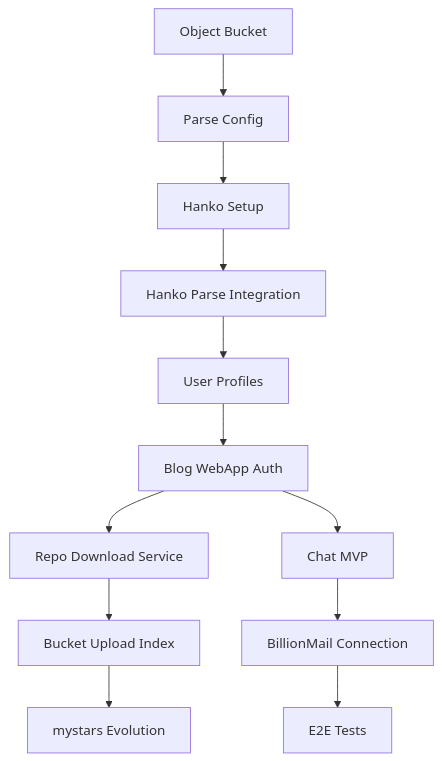
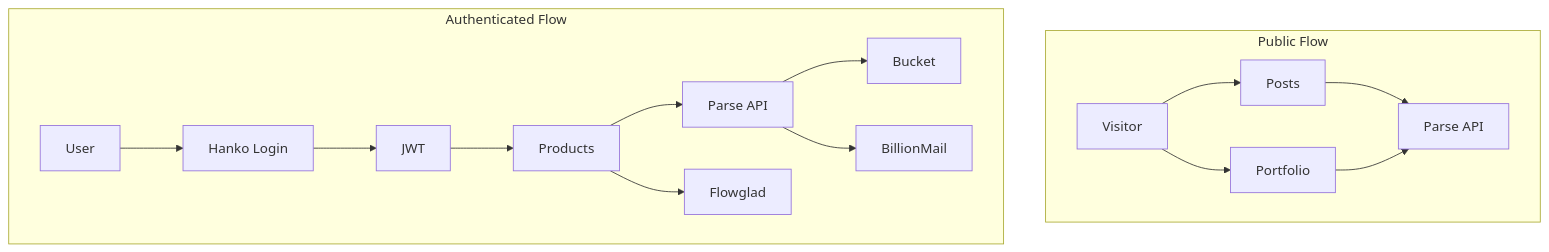
Before and after one commit to dirm02/bloggista: the seventh of 9 diagrams in expansion.md, drawn with Mermaid. The commit also changed other lines of this file, not shown here.

````diff
--- a/expansion.md
+++ b/expansion.md
@@ -268,14 +221,19 @@
 ```mermaid
 flowchart TB
-    A1[Object Bucket] --> A2[Parse Config]
-    A2 --> A3[Hanko Setup]
-    A3 --> B1[Hanko Parse Integration]
-    B1 --> B2[User Profiles]
-    B2 --> B3[Blog WebApp Auth]
-    B3 --> C1[Repo Download Service]
-    B3 --> D1[Chat MVP]
-    C1 --> C2[Bucket Upload Index]
-    C2 --> C3[mystars Evolution]
-    D1 --> D2[BillionMail Connection]
-    D2 --> D3[E2E Tests]
+    subgraph PublicFlow [Public Flow]
+        V1[Visitor] --> Blog[Posts]
+        V1 --> Port[Portfolio]
+        Blog --> Parse1[Parse API]
+        Port --> Parse1
+    end
+
+    subgraph AuthFlow [Authenticated Flow]
+        U1[User] --> Hanko[Hanko Login]
+        Hanko --> JWT[JWT]
+        JWT --> Prod[Products]
+        Prod --> Parse2[Parse API]
+        Prod --> Flow[Flowglad]
+        Parse2 --> Bucket[Bucket]
+        Parse2 --> Mail[BillionMail]
+    end
 ```
````
